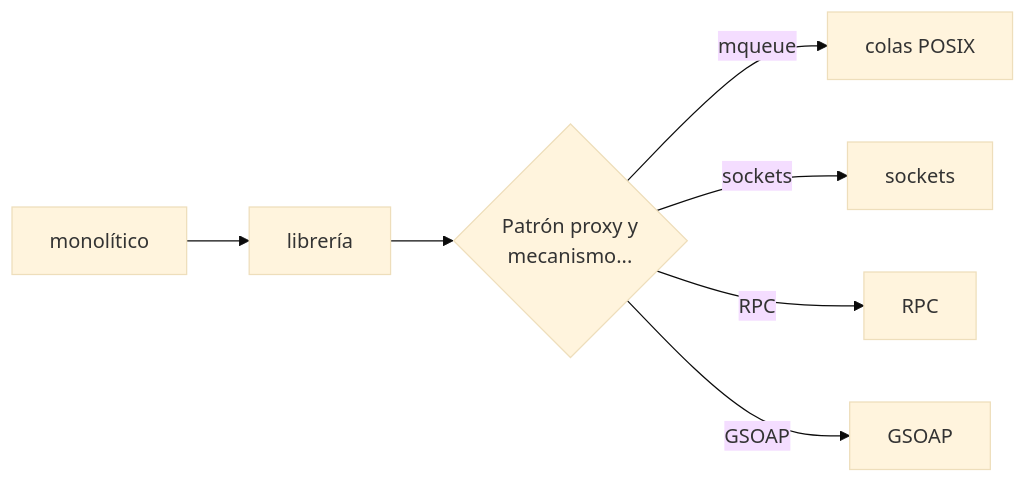
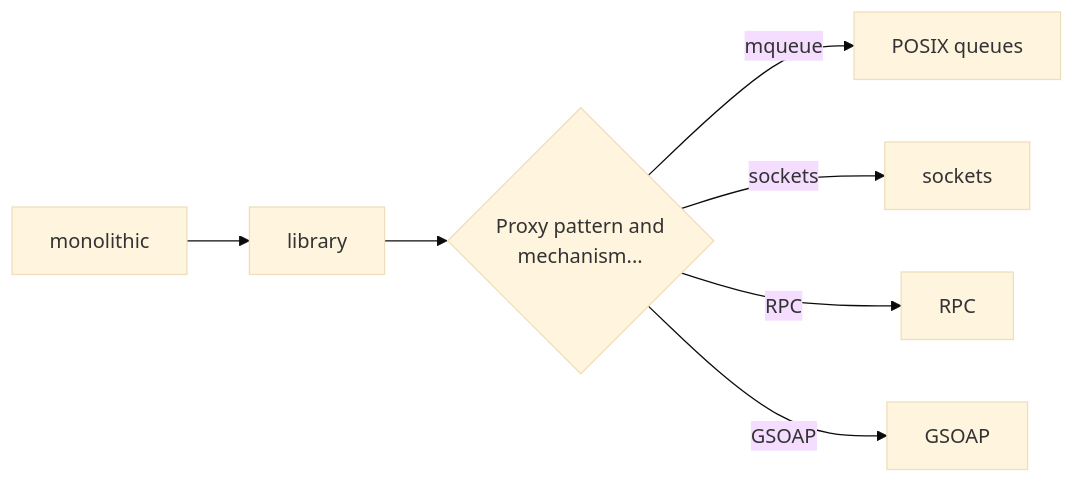
One commit to acaldero/uc3m_ds changed the first of 6 diagrams in materials/pc-calculator/README.md. Above: the diagram before and after it, drawn with Mermaid (base theme). The commit also changed other lines of this file, not shown here.

````diff
--- a/materials/pc-calculator/README.md
+++ b/materials/pc-calculator/README.md
@@ -54,9 +54,9 @@
- ```mermaid
-  flowchart LR
-    A[monolítico] --> B[librería]
-    B[librería]   --> C{Patrón proxy y <br>mecanismo...}
-    C -- mqueue   --> D[colas POSIX]
-    C -- sockets  --> E[sockets]
-    C -- RPC      --> F[RPC]
-    C -- GSOAP    --> G[GSOAP]
-  ```
+```mermaid
+flowchart LR
+  A[monolithic] --> B[library]
+  B[library] --> C{Proxy pattern and <br>mechanism...}
+  C -- mqueue --> D[POSIX queues]
+  C -- sockets --> E[sockets]
+  C -- RPC --> F[RPC]
+  C -- GSOAP --> G[GSOAP]
+```
````
